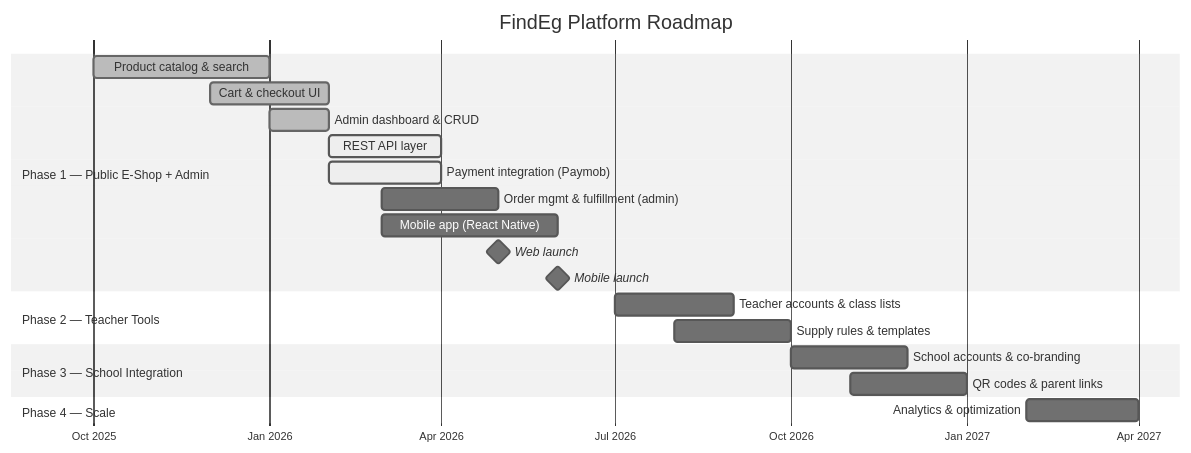
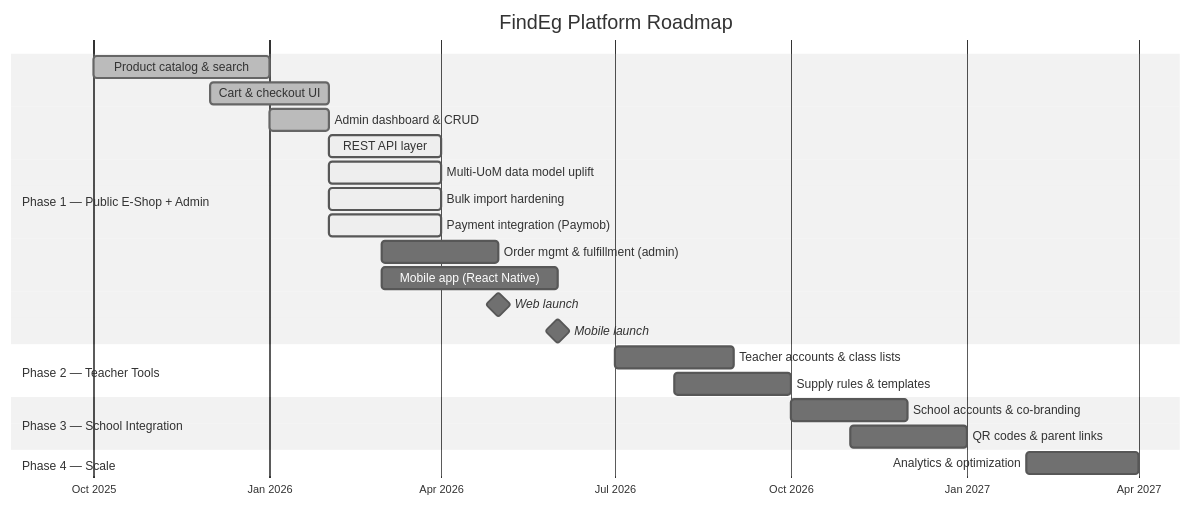
One commit to 3mrhussein/findeg changed the fourth of 16 diagrams in project-planning/SYSTEM_SPECIFICATION.md. Above: the diagram before and after it, drawn with Mermaid (neutral theme). The commit also changed other lines of this file and 183 other files, not shown here.

````diff
--- a/project-planning/SYSTEM_SPECIFICATION.md
+++ b/project-planning/SYSTEM_SPECIFICATION.md
@@ -145,28 +175,30 @@
 ```mermaid
 gantt
     title FindEg Platform Roadmap
     dateFormat YYYY-MM
     axisFormat %b %Y
 
     section Phase 1 — Public E-Shop + Admin
     Product catalog & search          :done, p1a, 2025-10, 2026-01
     Cart & checkout UI                :done, p1b, 2025-12, 2026-02
     Admin dashboard & CRUD            :done, p1c, 2026-01, 2026-02
     REST API layer                    :active, p1api, 2026-02, 2026-04
+    Multi-UoM data model uplift       :active, p1uom, 2026-02, 2026-04
+    Bulk import hardening             :active, p1imp, 2026-02, 2026-04
     Payment integration (Paymob)      :active, p1d, 2026-02, 2026-04
     Order mgmt & fulfillment (admin)  :p1e, 2026-03, 2026-05
     Mobile app (React Native)         :p1m, 2026-03, 2026-06
     Web launch                        :milestone, p1f, 2026-05, 0d
     Mobile launch                     :milestone, p1g, 2026-06, 0d
 
     section Phase 2 — Teacher Tools
     Teacher accounts & class lists    :p2a, 2026-07, 2026-09
     Supply rules & templates          :p2b, 2026-08, 2026-10
 
     section Phase 3 — School Integration
     School accounts & co-branding     :p3a, 2026-10, 2026-12
     QR codes & parent links           :p3b, 2026-11, 2027-01
 
     section Phase 4 — Scale
     Analytics & optimization          :p4a, 2027-02, 2027-04
 ```
````
